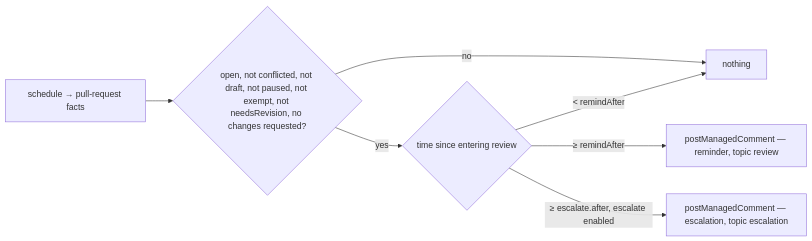
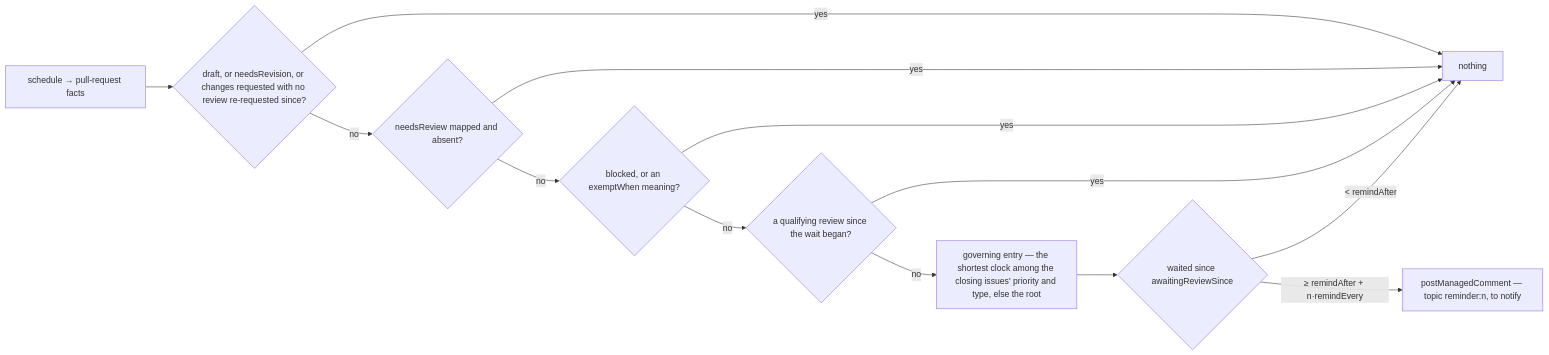
One commit to exploreriii/sdk-automations changed the diagram in design/guides/capabilities/reviews.md. Above: the diagram before and after it, drawn with Mermaid. The commit also changed other lines of this file, not shown here.

Commit message:
docs: update review design doc to be able to map by priority and type

````diff
--- a/design/guides/capabilities/reviews.md
+++ b/design/guides/capabilities/reviews.md
@@ -79,9 +133,15 @@
 ```mermaid
 flowchart LR
-    S["schedule → pull-request facts"] --> X{"open, not conflicted, not draft, not paused, not exempt, not needsRevision, no changes requested?"}
-    X -->|no| N["nothing"]
-    X -->|yes| C{"time since entering review"}
+    S["schedule → pull-request facts"] --> D{"draft, or needsRevision, or changes requested with no review re-requested since?"}
+    D -->|yes| N["nothing"]
+    D -->|no| H{"needsReview mapped and absent?"}
+    H -->|yes| N
+    H -->|no| P{"blocked, or an exemptWhen meaning?"}
+    P -->|yes| N
+    P -->|no| V{"a qualifying review since the wait began?"}
+    V -->|yes| N
+    V -->|no| G["governing entry — the shortest clock among the closing issues' priority and type, else the root"]
+    G --> C{"waited since awaitingReviewSince"}
     C -->|"< remindAfter"| N
-    C -->|"≥ remindAfter"| R["postManagedComment — reminder, topic review"]
-    C -->|"≥ escalate.after, escalate enabled"| E["postManagedComment — escalation, topic escalation"]
+    C -->|"≥ remindAfter + n·remindEvery"| R["postManagedComment — topic reminder:n, to notify"]
 ```
````
